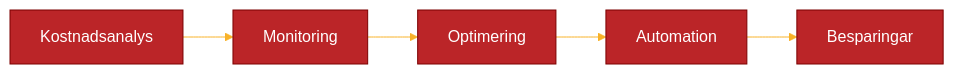
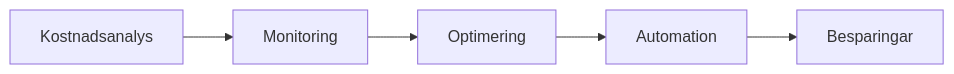
Before and after one commit to Geonitab/architecture_as_code: the diagram in docs/images/diagram_17_kapitel15.mmd, drawn with Mermaid. The commit also changed 46 other files, not shown here.

Commit message:
Align Mermaid visuals with accessible Kvadrat theme

```diff
--- a/docs/images/diagram_17_kapitel15.mmd
+++ b/docs/images/diagram_17_kapitel15.mmd
@@ -1,16 +1,5 @@
----
-config:
-  theme: 'base'
-  themeVariables:
-    primaryColor: '#BB2528'
-    primaryTextColor: '#fff'
-    primaryBorderColor: '#7C0000'
-    lineColor: '#F8B229'
-    secondaryColor: '#006100'
-    tertiaryColor: '#fff'
----
 graph LR
-    A[Kostnadsanalys] --> B[Monitoring]
-    B --> C[Optimering]
-    C --> D[Automation]
-    D --> E[Besparingar]
+    A[Kostnadsanalys]:::kv-primary --> B[Monitoring]:::kv-highlight
+    B --> C[Optimering]:::kv-accent
+    C --> D[Automation]:::kv-accent
+    D --> E[Besparingar]:::kv-primary
```
